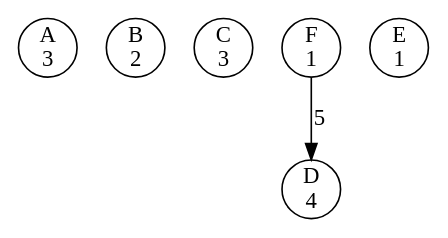
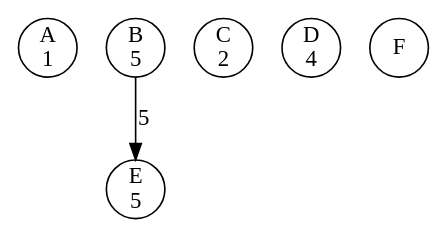
One commit to li23179/GO changed the diagram in concurrency-lab-2/bank/out/0000000006.gv. Above: the diagram before and after it, drawn with Graphviz. The commit also changed 76 other files, not shown here.

```diff
--- a/concurrency-lab-2/bank/out/0000000006.gv
+++ b/concurrency-lab-2/bank/out/0000000006.gv
@@ -1,9 +1,9 @@
 digraph bank {
-	 0 [label= "A\n3" , pos= "1,0!" , shape=circle, fixedsize=true, width=0.5 ]
-	 1 [label= "B\n2" , pos= "0,1!" , shape=circle, fixedsize=true, width=0.5 ]
-	 2 [label= "C\n3" , pos= "1,2!" , shape=circle, fixedsize=true, width=0.5 ]
+	 0 [label= "A\n1" , pos= "1,0!" , shape=circle, fixedsize=true, width=0.5 ]
+	 1 [label= "B\n5" , pos= "0,1!" , shape=circle, fixedsize=true, width=0.5 ]
+	 2 [label= "C\n2" , pos= "1,2!" , shape=circle, fixedsize=true, width=0.5 ]
 	 3 [label= "D\n4" , pos= "2,2!" , shape=circle, fixedsize=true, width=0.5 ]
-	 4 [label= "E\n1" , pos= "3,1!" , shape=circle, fixedsize=true, width=0.5 ]
-	 5 [label= "F\n1" , pos= "2,0!" , shape=circle, fixedsize=true, width=0.5 ]
-	 "5" -> "3" [label= "5" ]
+	 4 [label= "E\n5" , pos= "3,1!" , shape=circle, fixedsize=true, width=0.5 ]
+	 5 [label= "F\n" , pos= "2,0!" , shape=circle, fixedsize=true, width=0.5 ]
+	 "1" -> "4" [label= "5" ]
 }
```
